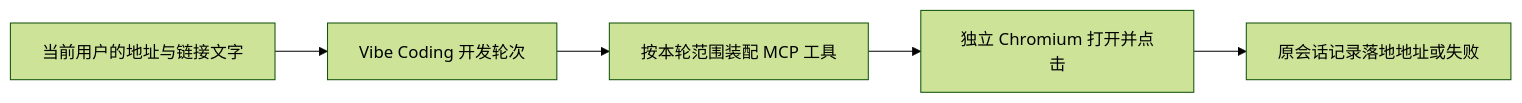
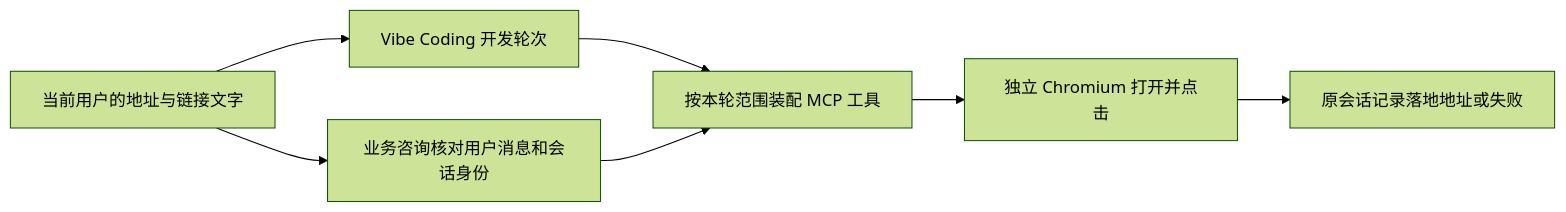
One commit to exception-coder/kai-toolbox changed the second of 52 diagrams in docs/ai-coding-architecture.md. Above: the diagram before and after it, drawn with Mermaid (forest theme). The commit also changed other lines of this file and 39 other files, not shown here.

````diff
--- a/docs/ai-coding-architecture.md
+++ b/docs/ai-coding-architecture.md
@@ -39,7 +41,9 @@
 ```mermaid
 flowchart LR
     U[当前用户的地址与链接文字] --> T[Vibe Coding 开发轮次]
     T --> M[按本轮范围装配 MCP 工具]
+    U --> C[业务咨询核对用户消息和会话身份]
+    C --> M
     M --> B[独立 Chromium 打开并点击]
     B --> R[原会话记录落地地址或失败]
 ```
````
